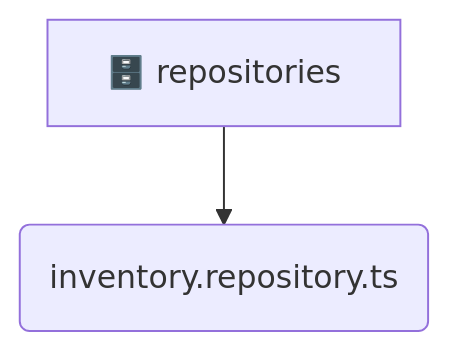
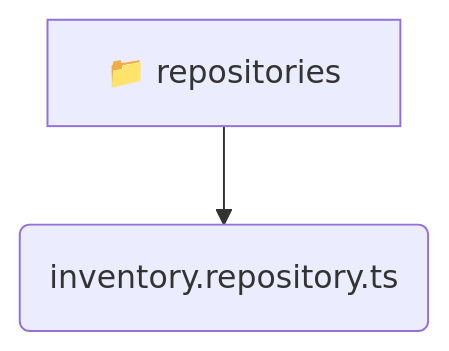
One commit to beginwebdev2002/fullstack-mavluda changed the diagram in backend/src/modules/inventory/infrastructure/repositories/README.md. Above: the diagram before and after it, drawn with Mermaid. The commit also changed other lines of this file and 155 other files, not shown here.

````diff
--- a/backend/src/modules/inventory/infrastructure/repositories/README.md
+++ b/backend/src/modules/inventory/infrastructure/repositories/README.md
@@ -9,5 +9,5 @@
 ```mermaid
 graph TD
-  repositories[🗄️ repositories]
-  repositories --> inventory_repository_ts(inventory.repository.ts)
+  repositories[📁 repositories]
+  repositories --> repositories_inventory_repository_ts(inventory.repository.ts)
 ```
````
